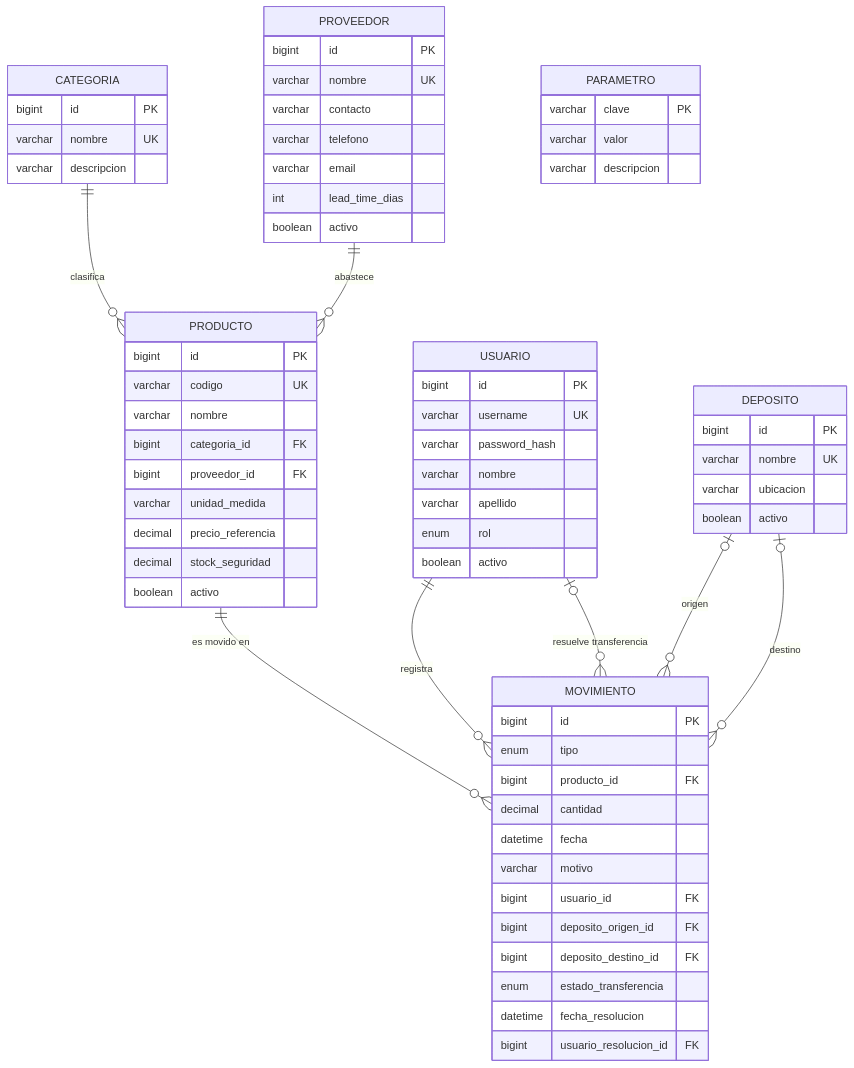
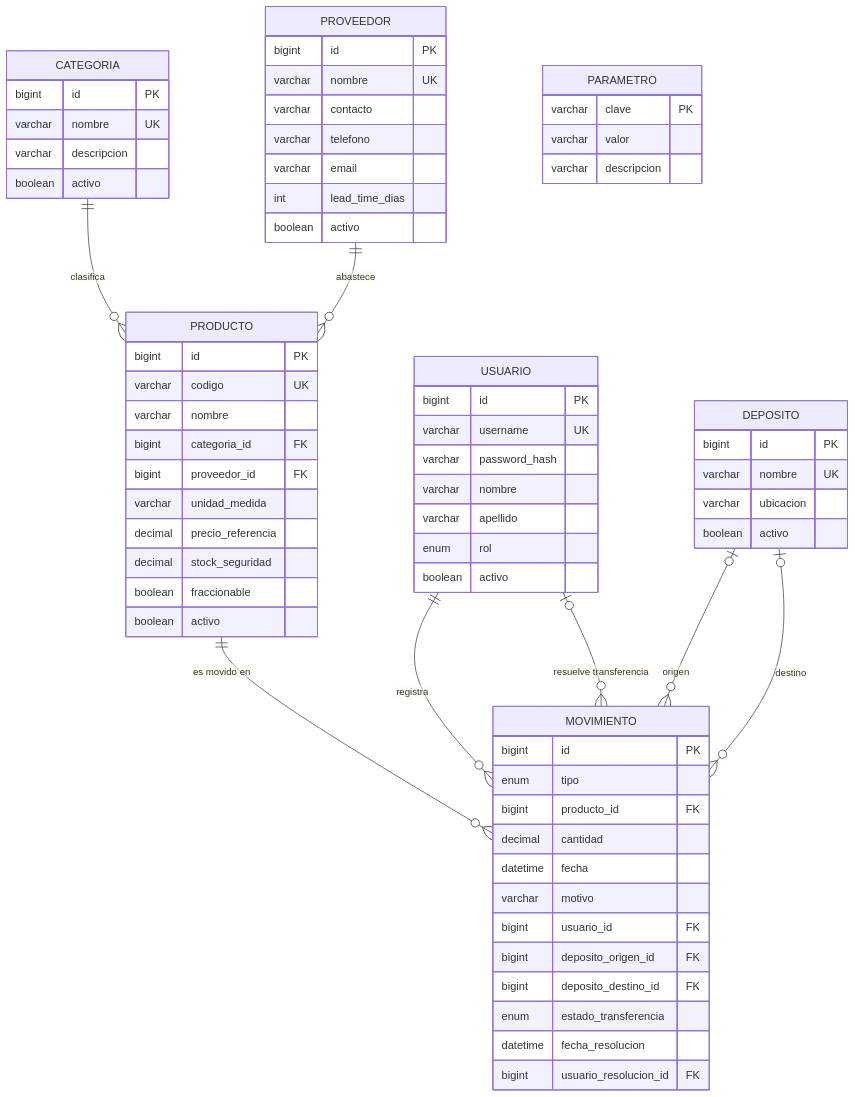
One commit to Yonathannf/TPI_FINAL_UTN_StockIQ changed the first of 6 diagrams in docs/05-diagramas.md. Above: the diagram before and after it, drawn with Mermaid. The commit also changed other lines of this file and 7 other files, not shown here.

````diff
--- a/docs/05-diagramas.md
+++ b/docs/05-diagramas.md
@@ -7,70 +7,72 @@
 ```mermaid
 erDiagram
     CATEGORIA ||--o{ PRODUCTO : "clasifica"
     PROVEEDOR ||--o{ PRODUCTO : "abastece"
     PRODUCTO  ||--o{ MOVIMIENTO : "es movido en"
     USUARIO   ||--o{ MOVIMIENTO : "registra"
     USUARIO   |o--o{ MOVIMIENTO : "resuelve transferencia"
     DEPOSITO  |o--o{ MOVIMIENTO : "origen"
     DEPOSITO  |o--o{ MOVIMIENTO : "destino"
 
     CATEGORIA {
         bigint id PK
         varchar nombre UK
         varchar descripcion
+        boolean activo
     }
     PROVEEDOR {
         bigint id PK
         varchar nombre UK
         varchar contacto
         varchar telefono
         varchar email
         int lead_time_dias
         boolean activo
     }
     PRODUCTO {
         bigint id PK
         varchar codigo UK
         varchar nombre
         bigint categoria_id FK
         bigint proveedor_id FK
         varchar unidad_medida
         decimal precio_referencia
         decimal stock_seguridad
+        boolean fraccionable
         boolean activo
     }
     DEPOSITO {
         bigint id PK
         varchar nombre UK
         varchar ubicacion
         boolean activo
     }
     USUARIO {
         bigint id PK
         varchar username UK
         varchar password_hash
         varchar nombre
         varchar apellido
         enum rol
         boolean activo
     }
     MOVIMIENTO {
         bigint id PK
         enum tipo
         bigint producto_id FK
         decimal cantidad
         datetime fecha
         varchar motivo
         bigint usuario_id FK
         bigint deposito_origen_id FK
         bigint deposito_destino_id FK
         enum estado_transferencia
         datetime fecha_resolucion
         bigint usuario_resolucion_id FK
     }
     PARAMETRO {
         varchar clave PK
         varchar valor
         varchar descripcion
     }
 ```
````
